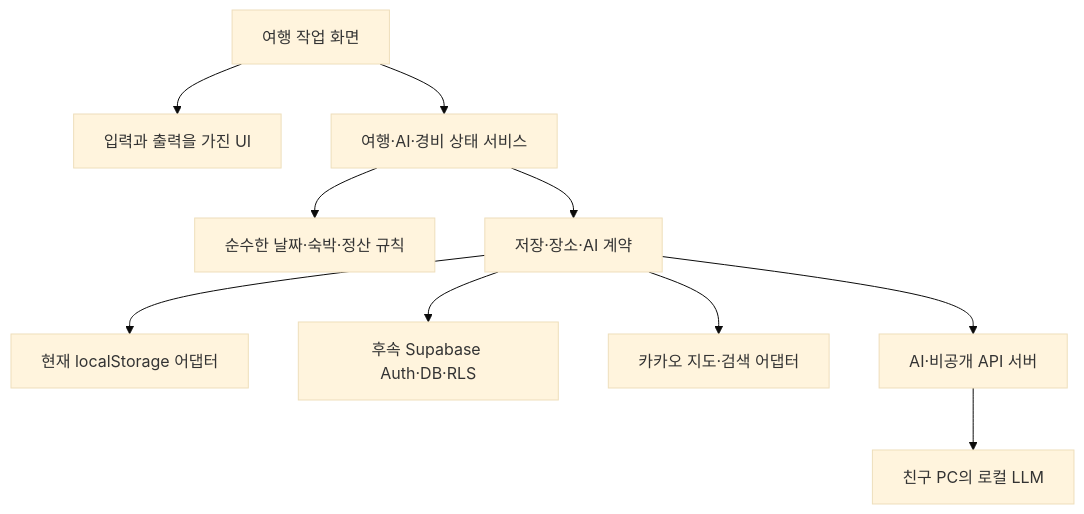
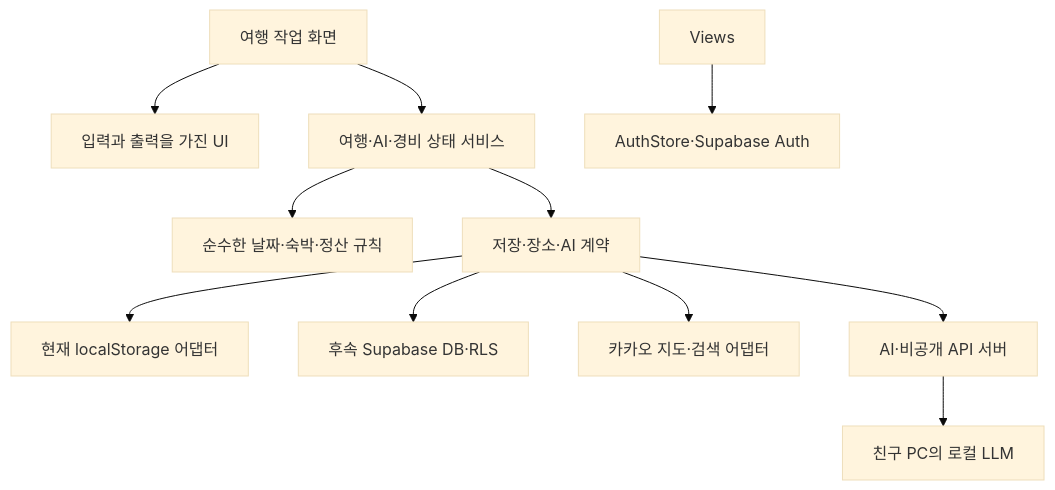
One commit to kimmihyeon12/triplo changed the diagram in docs/architecture/ARCHITECTURE.md. Above: the diagram before and after it, drawn with Mermaid (base theme). The commit also changed other lines of this file and 13 other files, not shown here.

````diff
--- a/docs/architecture/ARCHITECTURE.md
+++ b/docs/architecture/ARCHITECTURE.md
@@ -103,12 +106,13 @@
 ```mermaid
 flowchart TD
   Page[여행 작업 화면] --> UI[입력과 출력을 가진 UI]
   Page --> State[여행·AI·경비 상태 서비스]
   State --> Rules[순수한 날짜·숙박·정산 규칙]
   State --> Ports[저장·장소·AI 계약]
   Ports --> Local[현재 localStorage 어댑터]
-  Ports --> DB[후속 Supabase Auth·DB·RLS]
+  Views --> Auth[AuthStore·Supabase Auth]
+  Ports --> DB[후속 Supabase DB·RLS]
   Ports --> Map[카카오 지도·검색 어댑터]
   Ports --> Server[AI·비공개 API 서버]
   Server --> LLM[친구 PC의 로컬 LLM]
 ```
````
